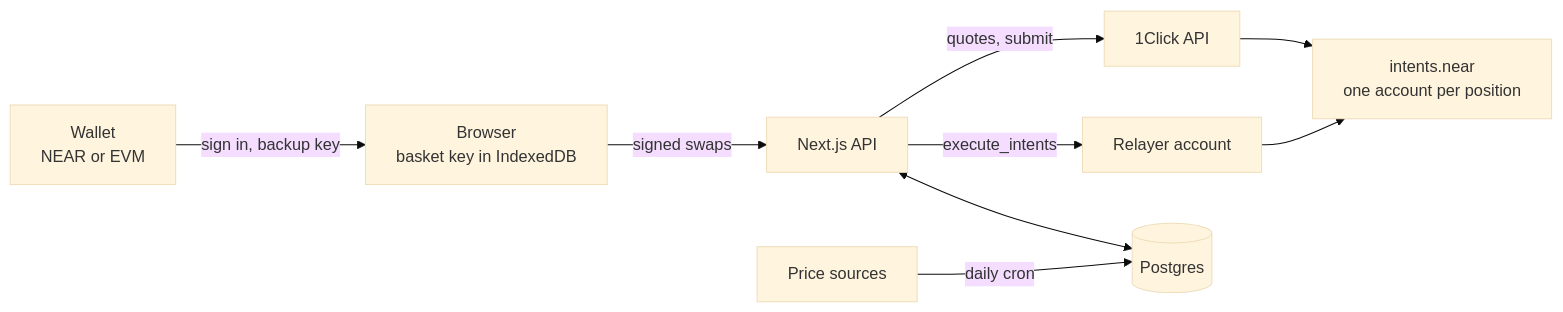
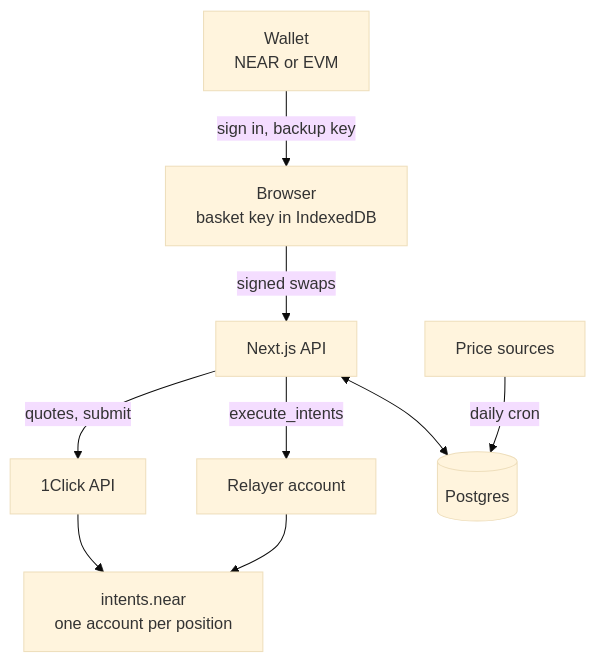
Before and after one commit to prakhar728/nearbags: the first of 3 diagrams in docs/architecture.md, drawn with Mermaid (base theme). The commit also changed 13 other files, not shown here.

First line of the commit message:
Docs on the site: /docs with diagrams drawn in the app's colours

````diff
--- a/docs/architecture.md
+++ b/docs/architecture.md
@@ -5,11 +5,11 @@
 ```mermaid
-flowchart LR
+flowchart TB
   W[Wallet<br/>NEAR or EVM] -- sign in, backup key --> B[Browser<br/>basket key in IndexedDB]
   B -- signed swaps --> S[Next.js API]
   S -- quotes, submit --> O[1Click API]
   S -- execute_intents --> R[Relayer account]
   R --> I[intents.near<br/>one account per position]
   O --> I
   P[Price sources] -- daily cron --> D[(Postgres)]
   S <--> D
 ```
````
